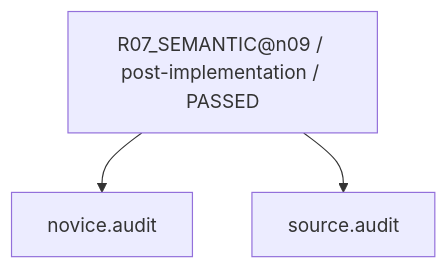
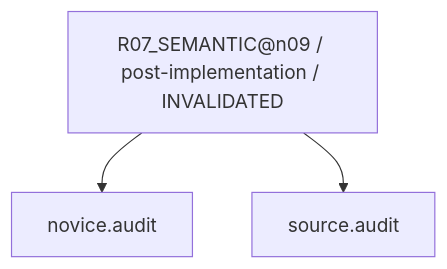
Before and after one commit to rrikunagasige-dot/kyotsu-step-web: the tenth of 30 diagrams in work/items/W-MATH-034-n09-n10-guided-design/generated/CAPABILITY_FIRE_DIAGRAM.md, drawn with Mermaid. The commit also changed other lines of this file and 266 other files, not shown here.

````diff
--- a/work/items/W-MATH-034-n09-n10-guided-design/generated/CAPABILITY_FIRE_DIAGRAM.md
+++ b/work/items/W-MATH-034-n09-n10-guided-design/generated/CAPABILITY_FIRE_DIAGRAM.md
@@ -160,8 +160,8 @@
 ```mermaid
 flowchart TD
-  N0["R07_SEMANTIC@n09 / post-implementation / PASSED"]
+  N0["R07_SEMANTIC@n09 / post-implementation / INVALIDATED"]
   N1["source.audit"]
   N2["novice.audit"]
   N0 --> N2
   N0 --> N1
 ```
````
